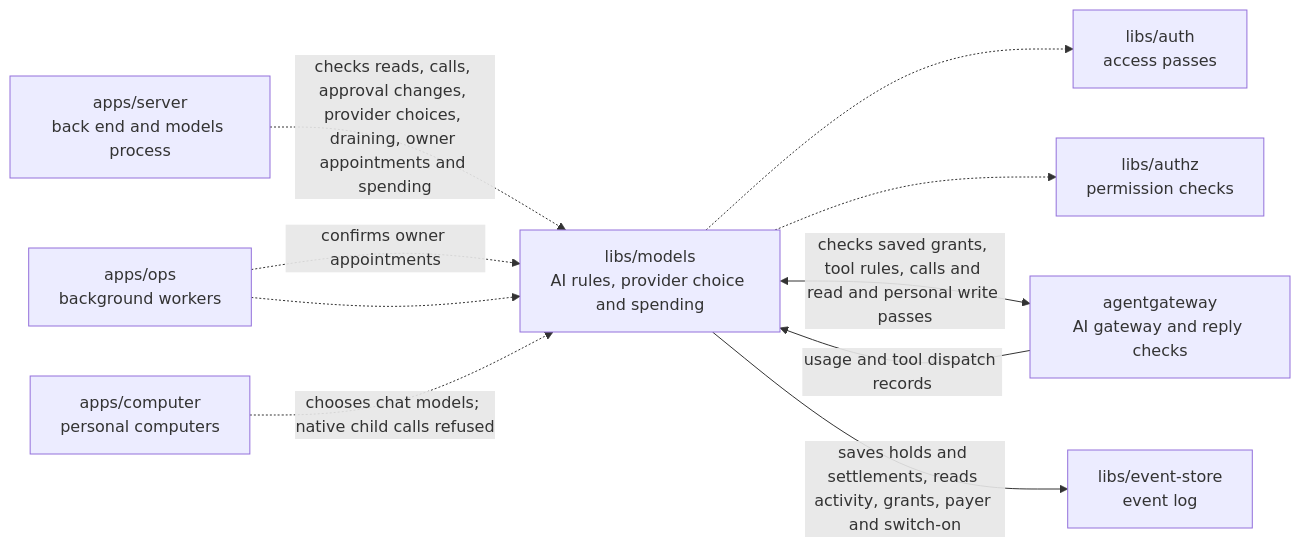
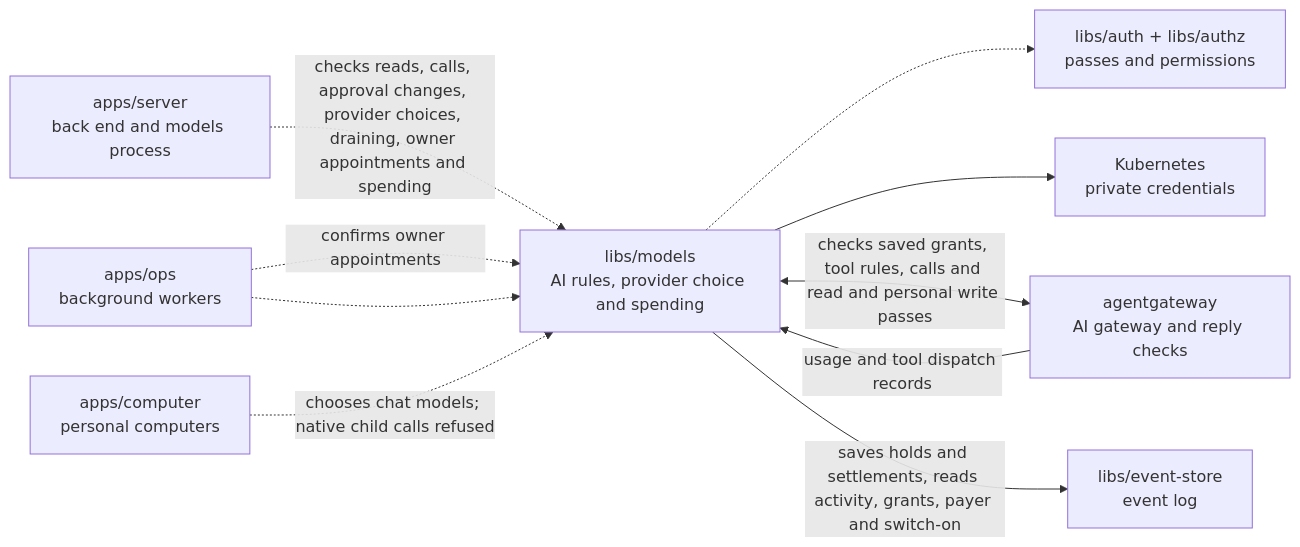
The diagram in libs/models/README.md (elewa-git/opencrane-new), drawn with Mermaid before and after one commit. The commit also changed other lines of this file and 8 other files, not shown here.

Commit message:
🔐 Add exact private connection custody and stage recovery

````diff
--- a/libs/models/README.md
+++ b/libs/models/README.md
@@ -11,12 +14,12 @@
 ```mermaid
 flowchart LR
   server["apps/server<br/>back end and models process"] -.->|checks reads, calls, approval changes, provider choices, draining, owner appointments and spending| models["libs/models<br/>AI rules, provider choice and spending"]
   ops["apps/ops<br/>background workers"] -.->|confirms owner appointments| models
   ops["apps/ops<br/>background workers"] -.-> models
   computer["apps/computer<br/>personal computers"] -.->|chooses chat models; native child calls refused| models
-  models -.-> auth["libs/auth<br/>access passes"]
-  models -.-> authz["libs/authz<br/>permission checks"]
+  models -.-> auth["libs/auth + libs/authz<br/>passes and permissions"]
+  models --> custody["Kubernetes<br/>private credentials"]
   models <-->|checks saved grants, tool rules, calls and read and personal write passes| gateway["agentgateway<br/>AI gateway and reply checks"]
   gateway -->|usage and tool dispatch records| models
   models -->|saves holds and settlements, reads activity, grants, payer and switch-on| store["libs/event-store<br/>event log"]
 ```
````
